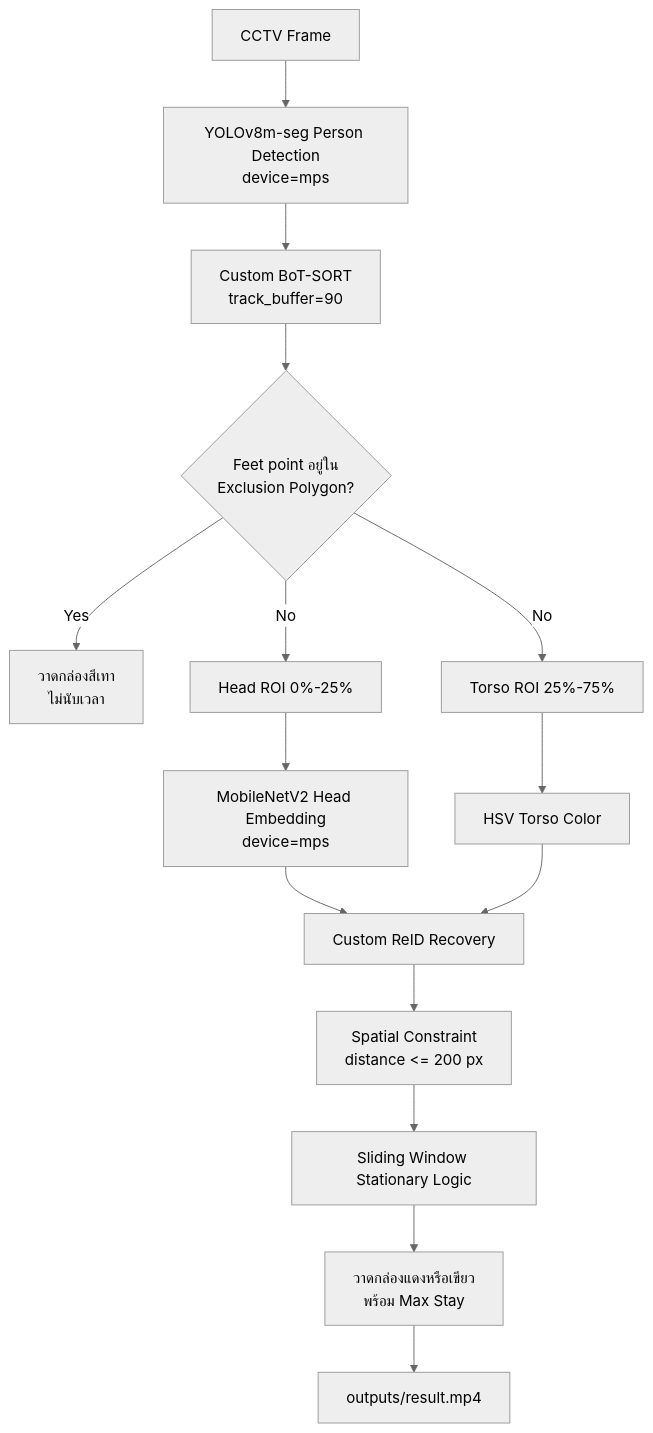
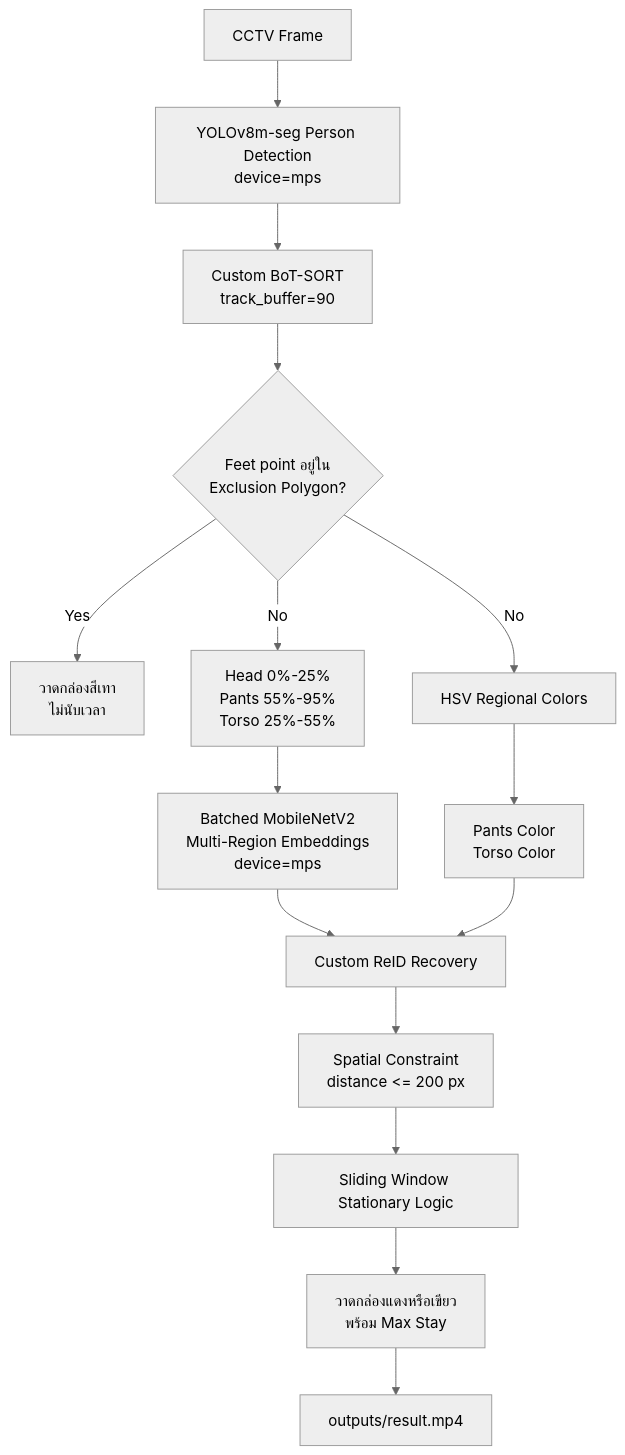
Before and after one commit to keyboardban/connected-stationary-detection: the diagram in docs/IMPLEMENTATION_REPORT.md, drawn with Mermaid (neutral theme). The commit also changed other lines of this file and 7 other files, not shown here.

````diff
--- a/docs/IMPLEMENTATION_REPORT.md
+++ b/docs/IMPLEMENTATION_REPORT.md
@@ -61,17 +61,17 @@
 ```mermaid
 flowchart TD
     A["CCTV Frame"] --> B["YOLOv8m-seg Person Detection<br/>device=mps"]
     B --> C["Custom BoT-SORT<br/>track_buffer=90"]
     C --> D{"Feet point อยู่ใน<br/>Exclusion Polygon?"}
     D -- "Yes" --> E["วาดกล่องสีเทา<br/>ไม่นับเวลา"]
-    D -- "No" --> F["Head ROI 0%-25%"]
-    F --> G["MobileNetV2 Head Embedding<br/>device=mps"]
-    D -- "No" --> H["Torso ROI 25%-75%"]
-    H --> I["HSV Torso Color"]
+    D -- "No" --> F["Head 0%-25%<br/>Pants 55%-95%<br/>Torso 25%-55%"]
+    F --> G["Batched MobileNetV2<br/>Multi-Region Embeddings<br/>device=mps"]
+    D -- "No" --> H["HSV Regional Colors"]
+    H --> I["Pants Color<br/>Torso Color"]
     G --> J["Custom ReID Recovery"]
     I --> J
     J --> K["Spatial Constraint<br/>distance <= 200 px"]
     K --> L["Sliding Window Stationary Logic"]
     L --> M["วาดกล่องแดงหรือเขียว<br/>พร้อม Max Stay"]
     M --> N["outputs/result.mp4"]
 ```
````
